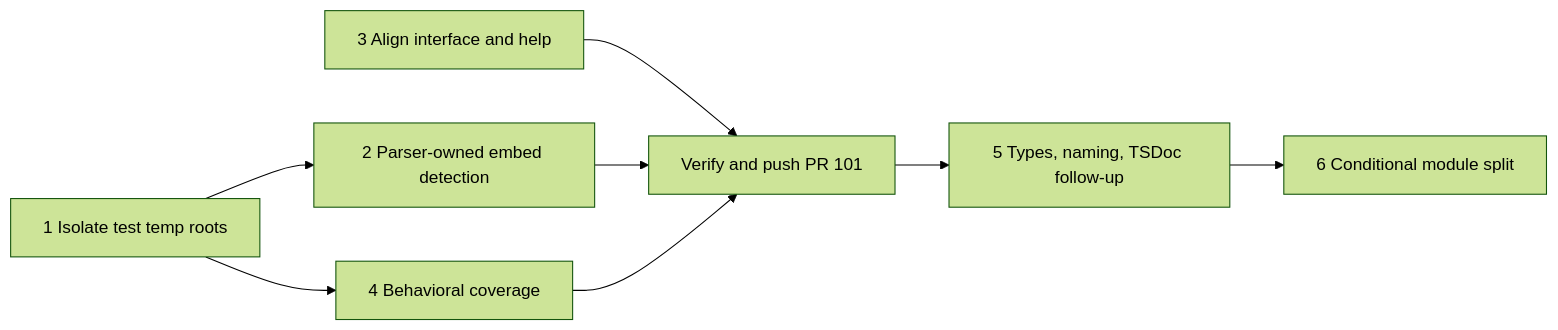
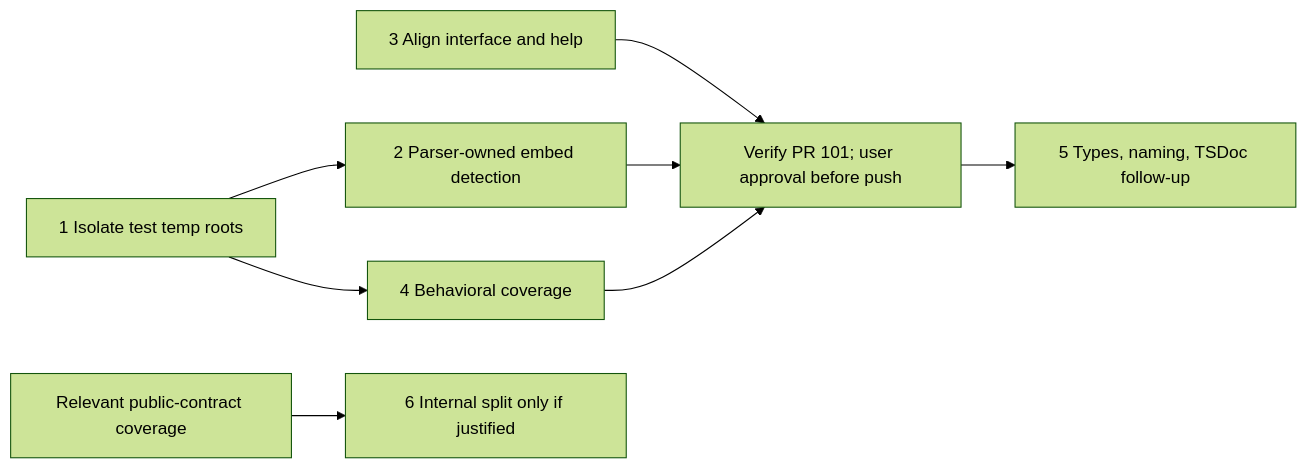
One commit to WesleyMFrederick/jact changed the diagram in docs/reviews/pr-101-architecture-evaluation.md. Above: the diagram before and after it, drawn with Mermaid (forest theme). The commit also changed other lines of this file, not shown here.

````diff
--- a/docs/reviews/pr-101-architecture-evaluation.md
+++ b/docs/reviews/pr-101-architecture-evaluation.md
@@ -172,10 +177,10 @@
 ```mermaid
 flowchart LR
   P1[1 Isolate test temp roots] --> P2[2 Parser-owned embed detection]
   P1 --> P4[4 Behavioral coverage]
-  P3[3 Align interface and help] --> V[Verify and push PR 101]
+  P3[3 Align interface and help] --> V[Verify PR 101; user approval before push]
   P2 --> V
   P4 --> V
   V --> P5[5 Types, naming, TSDoc follow-up]
-  P5 --> P6[6 Conditional module split]
+  C[Relevant public-contract coverage] --> P6[6 Internal split only if justified]
 ```
````
